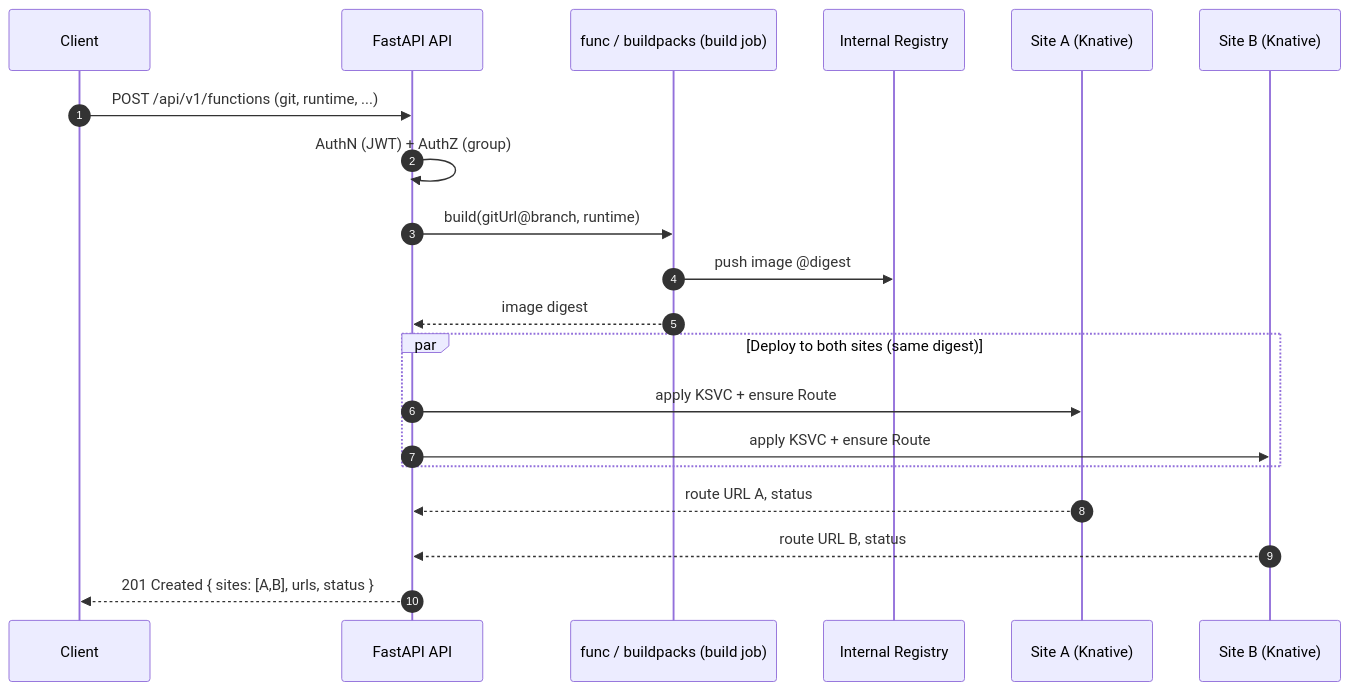
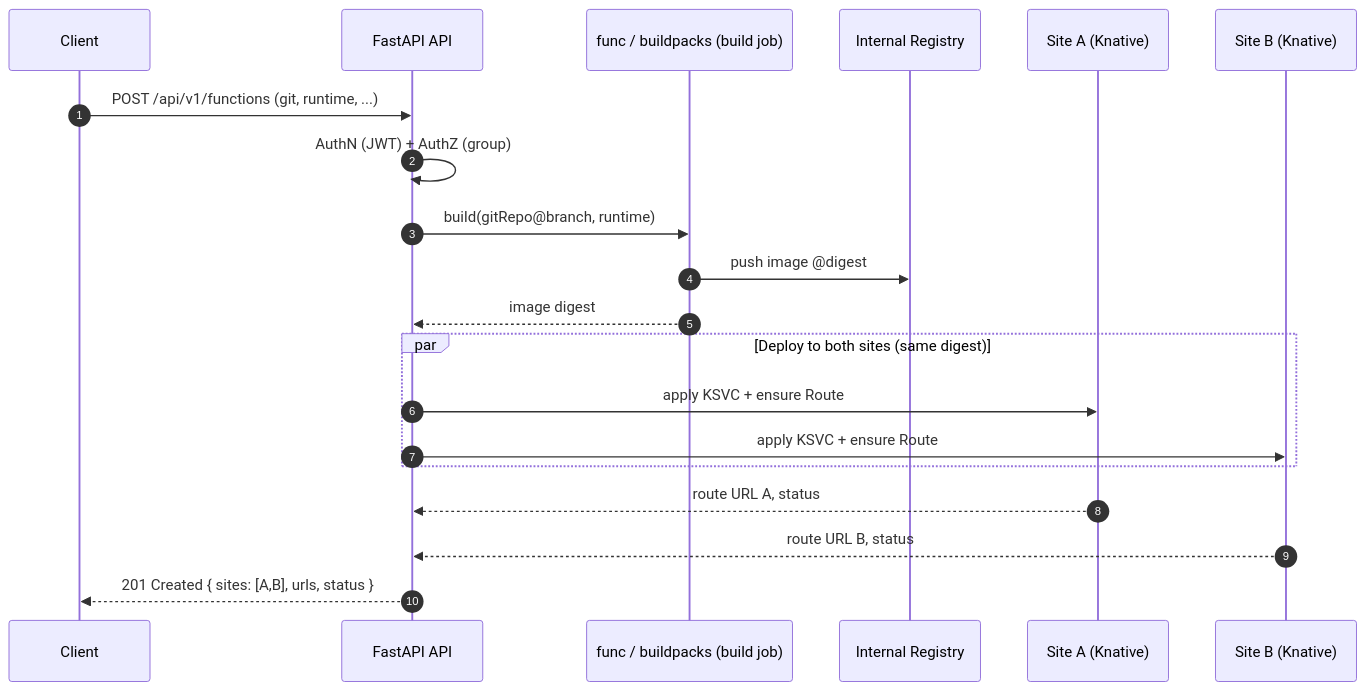
Before and after one commit to black-cloudlet/serverless: the third of 7 diagrams in docs/ARCHITECTURE.md, drawn with Mermaid. The commit also changed other lines of this file and 7 other files, not shown here.

First line of the commit message:
refactor(api): rename function field gitUrl -> gitRepo

````diff
--- a/docs/ARCHITECTURE.md
+++ b/docs/ARCHITECTURE.md
@@ -227,23 +227,23 @@
 ```mermaid
 sequenceDiagram
     autonumber
     participant U as Client
     participant API as FastAPI API
     participant Build as func / buildpacks (build job)
     participant Reg as Internal Registry
     participant ZA as Site A (Knative)
     participant ZB as Site B (Knative)
 
     U->>API: POST /api/v1/functions (git, runtime, ...)
     API->>API: AuthN (JWT) + AuthZ (group)
-    API->>Build: build(gitUrl@branch, runtime)
+    API->>Build: build(gitRepo@branch, runtime)
     Build->>Reg: push image @digest
     Build-->>API: image digest
     par Deploy to both sites (same digest)
         API->>ZA: apply KSVC + ensure Route
         API->>ZB: apply KSVC + ensure Route
     end
     ZA-->>API: route URL A, status
     ZB-->>API: route URL B, status
     API-->>U: 201 Created { sites: [A,B], urls, status }
 ```
````
